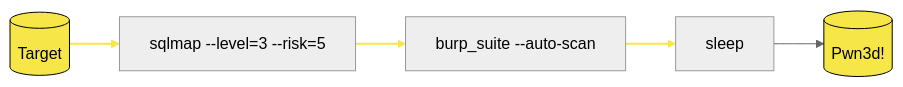
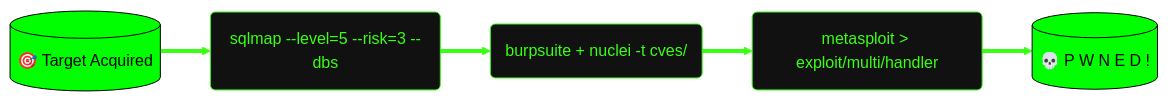
The diagram in README.md (mrci0x1/mrci0x1), drawn with Mermaid (neutral theme) before and after one commit. The commit also changed other lines of this file, not shown here.

````diff
--- a/README.md
+++ b/README.md
@@ -10,12 +14,13 @@
 ```mermaid
 graph LR
-    A[("Target")] --> B[sqlmap --level=3 --risk=5]
-    B --> C[burp_suite --auto-scan]
-    C --> D[sleep]
-    D --> E[("Pwn3d!")]
-    style A fill:#F7E647,stroke:#000
-    style E fill:#F7E647,stroke:#000
-    linkStyle 0 stroke:#F7E647,stroke-width:2px
-    linkStyle 1 stroke:#F7E647,stroke-width:2px
-    linkStyle 2 stroke:#F7E647,stroke-width:2px
+    A[("🎯 Target Acquired")] --> B(sqlmap --level=5 --risk=3 --dbs)
+    B --> C(burpsuite + nuclei -t cves/)
+    C --> D(metasploit > exploit/multi/handler)
+    D --> E[("💀 P W N E D !")]
+    style A fill:#0f0,stroke:#000,color:#000
+    style E fill:#0f0,stroke:#000,color:#000
+    style B fill:#111,stroke:#39FF14,color:#39FF14
+    style C fill:#111,stroke:#39FF14,color:#39FF14
+    style D fill:#111,stroke:#39FF14,color:#39FF14
+    linkStyle 0,1,2,3 stroke:#39FF14,stroke-width:4px
 ```
````
